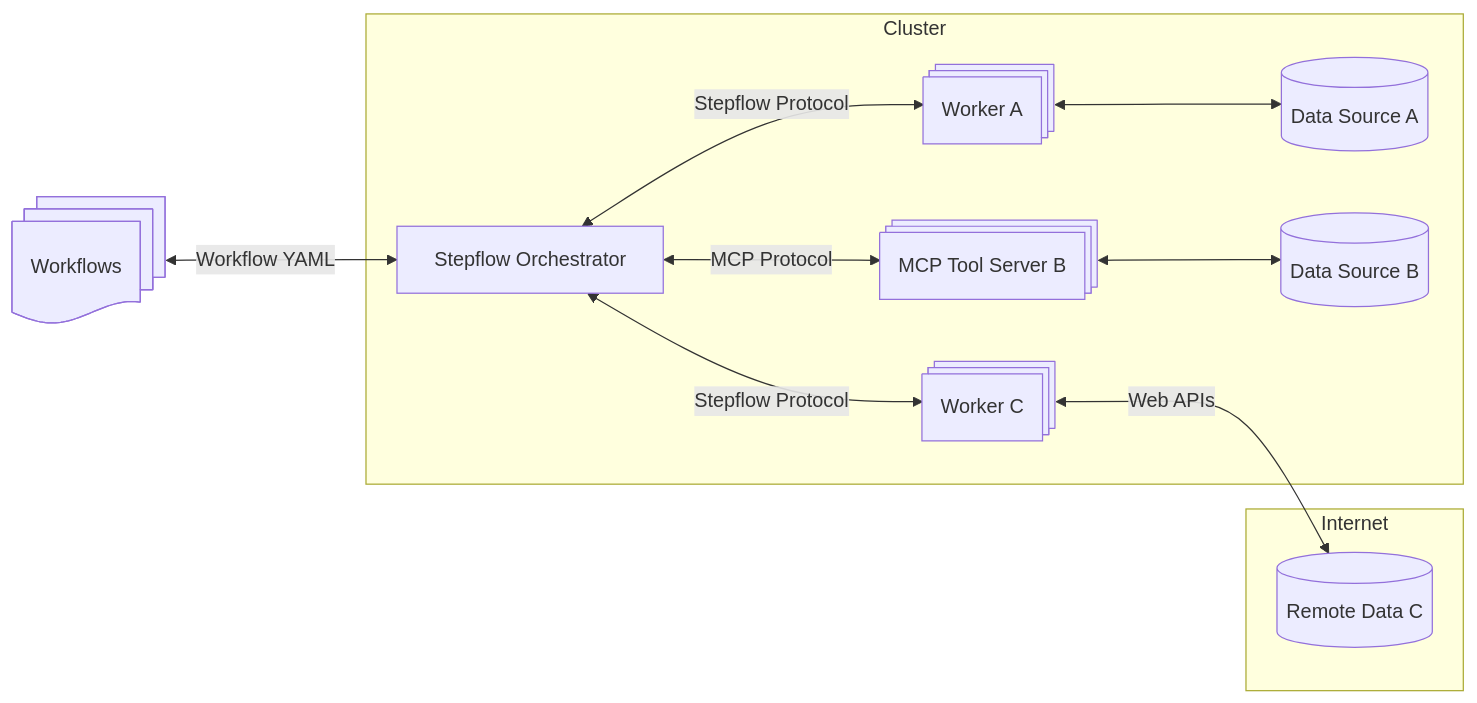
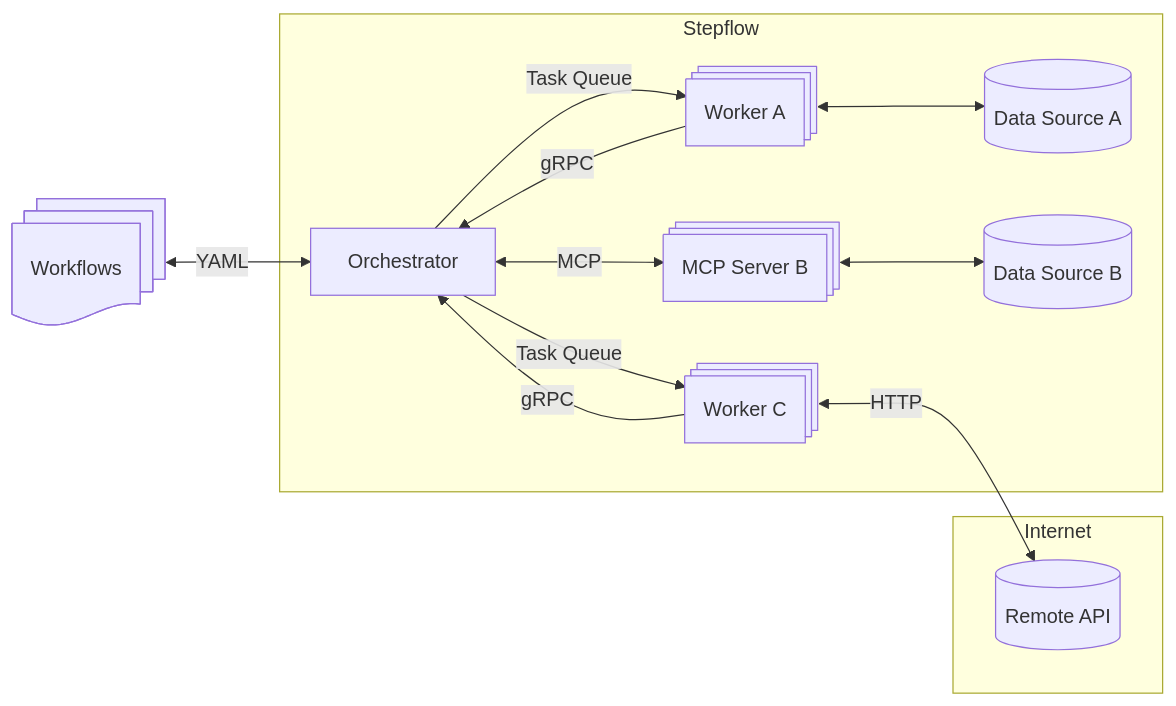
One commit to stepflow-ai/stepflow changed the first of 2 diagrams in docs/docs/introduction.md. Above: the diagram before and after it, drawn with Mermaid. The commit also changed other lines of this file and 8 other files, not shown here.

First line of the commit message:
docs: Simplify landing pages and clarify task queue vs gRPC terminology (#824)

````diff
--- a/docs/docs/introduction.md
+++ b/docs/docs/introduction.md
@@ -41,26 +34,28 @@
     ```mermaid
     flowchart LR
         Workflows@{ shape: docs, label:"Workflows" }
 
-        subgraph "Cluster"
-            Host@{shape: process, label: "Stepflow Orchestrator"}
+        subgraph Stepflow
+            Host@{shape: process, label: "Orchestrator"}
 
             S1@{shape: processes, label: "Worker A"}
-            S2@{shape: processes, label: "MCP Tool Server B"}
+            S2@{shape: processes, label: "MCP Server B"}
             S3@{shape: processes, label: "Worker C"}
             D1@{shape: cylinder, label: "Data Source A"}
             D2@{shape: cylinder, label: "Data Source B"}
         end
 
-        subgraph "Internet"
-            D3@{shape: cylinder, label: "Remote Data C"}
+        subgraph Internet
+            D3@{shape: cylinder, label: "Remote API"}
         end
 
-        Workflows <-->|"Workflow YAML"| Host
+        Workflows <-->|"YAML"| Host
         S1 <--> D1
         S2 <--> D2
-        Host <-->|"Stepflow Protocol"| S1
-        Host <-->|"MCP Protocol"| S2
-        Host <-->|"Stepflow Protocol"| S3
-        S3 <-->|"Web APIs"| D3
+        Host --> |"Task Queue"| S1
+        S1   --> |"gRPC"| Host
+        Host <-->|"MCP"| S2
+        Host --> |"Task Queue"| S3
+        S3   --> |"gRPC"| Host
+        S3 <-->|"HTTP"| D3
     ```
````
